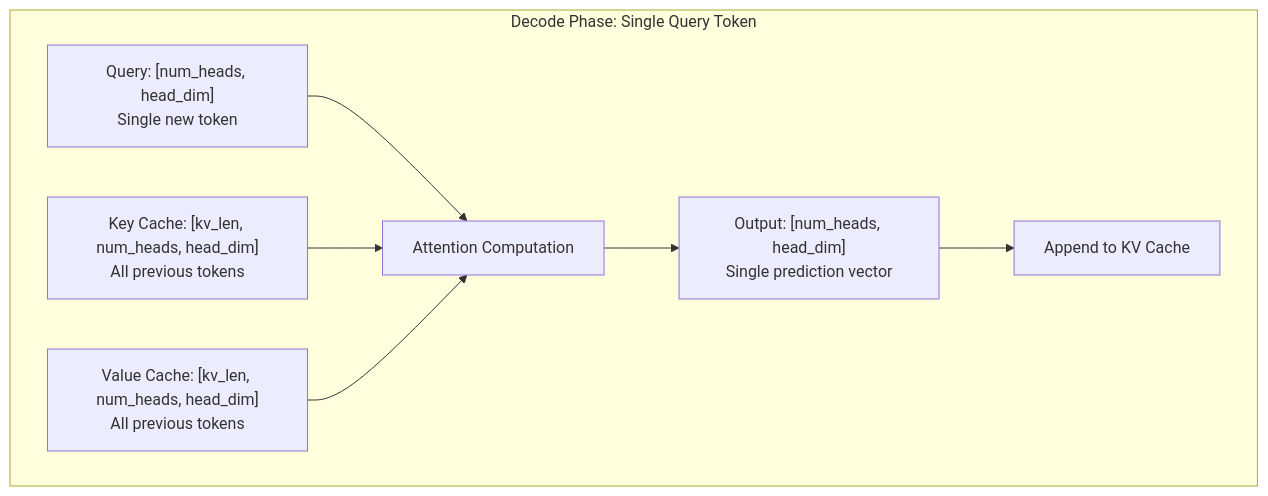
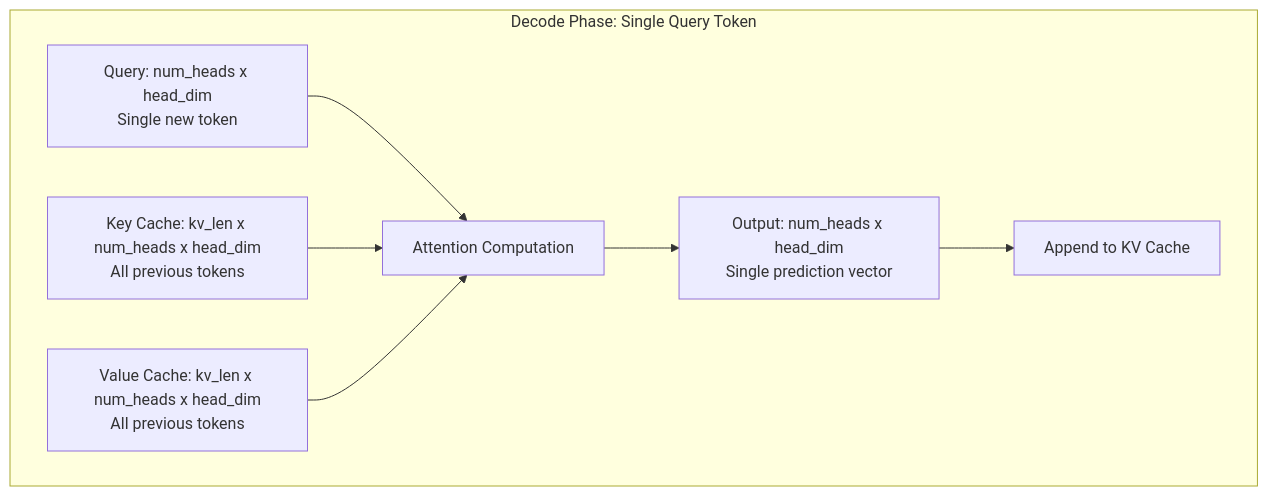
One commit to Shahriarin2garden/vllm_from_scratch changed diagram 18 of 37 in lab0.2/lab02.md. Above: the diagram before and after it, drawn with Mermaid. The commit also changed other lines of this file and 2 other files, not shown here.

Commit message:
Refactor diagrams in README.md and lab0.2final.md for clarity and consistency

````diff
--- a/lab0.2/lab02.md
+++ b/lab0.2/lab02.md
@@ -664,13 +664,13 @@
 ```mermaid
 graph TD
     subgraph "Decode Phase: Single Query Token"
-        Q["Query: [num_heads, head_dim]<br/>Single new token"]
-        K["Key Cache: [kv_len, num_heads, head_dim]<br/>All previous tokens"]
-        V["Value Cache: [kv_len, num_heads, head_dim]<br/>All previous tokens"]
+        Q["Query: num_heads x head_dim<br/>Single new token"]
+        K["Key Cache: kv_len x num_heads x head_dim<br/>All previous tokens"]
+        V["Value Cache: kv_len x num_heads x head_dim<br/>All previous tokens"]
         Q --> Attn["Attention Computation"]
         K --> Attn
         V --> Attn
-        Attn --> Out["Output: [num_heads, head_dim]<br/>Single prediction vector"]
+        Attn --> Out["Output: num_heads x head_dim<br/>Single prediction vector"]
         Out --> Append["Append to KV Cache"]
     end
 ```
````
